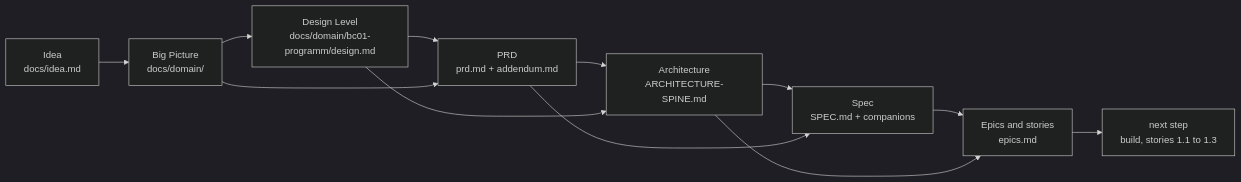
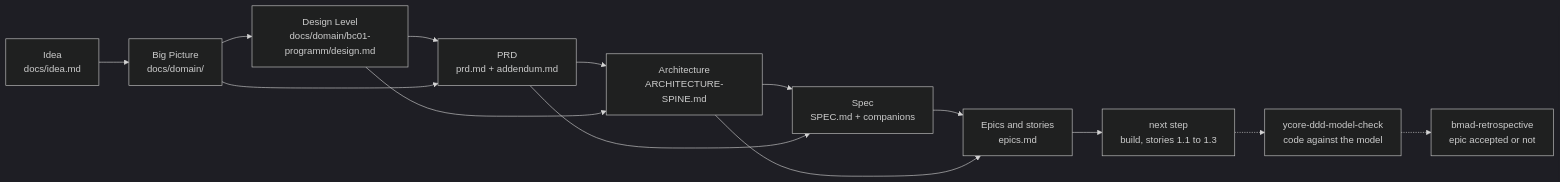
The fifth of 5 diagrams in README.md (y-core-engineering/bmad-ddd-module), drawn with Mermaid (dark theme) before and after one commit. The commit also changed other lines of this file, not shown here.

Commit message:
docs(readme): add the model check and retrospective after the build
AI-Step: Pending steps in the trial run diagram
Tokens-Input: 6
Tokens-Cache-Write: 2471
Tokens-Cache-Write-1h: 2471
Tokens-Cache-Read: 2173994
Tokens-Output: 2447
AI-Requests: 3
AI-Model: claude-opus-5-5
AI-Tool-Calls: 2
AI-Tools: Bash=2

````diff
--- a/README.md
+++ b/README.md
@@ -189,14 +189,16 @@
 ```mermaid
 flowchart LR
   idea["Idea<br/>docs/idea.md"] --> bp["Big Picture<br/>docs/domain/"]
   bp --> dl["Design Level<br/>docs/domain/bc01-programm/design.md"]
   dl --> prd["PRD<br/>prd.md + addendum.md"]
   bp --> prd
   prd --> spine["Architecture<br/>ARCHITECTURE-SPINE.md"]
   dl --> spine
   spine --> spec["Spec<br/>SPEC.md + companions"]
   prd --> spec
   spec --> epics["Epics and stories<br/>epics.md"]
   spine --> epics
   epics --> next["next step<br/>build, stories 1.1 to 1.3"]
+  next -.-> mc["ycore-ddd-model-check<br/>code against the model"]
+  mc -.-> retro["bmad-retrospective<br/>epic accepted or not"]
 ```
````
